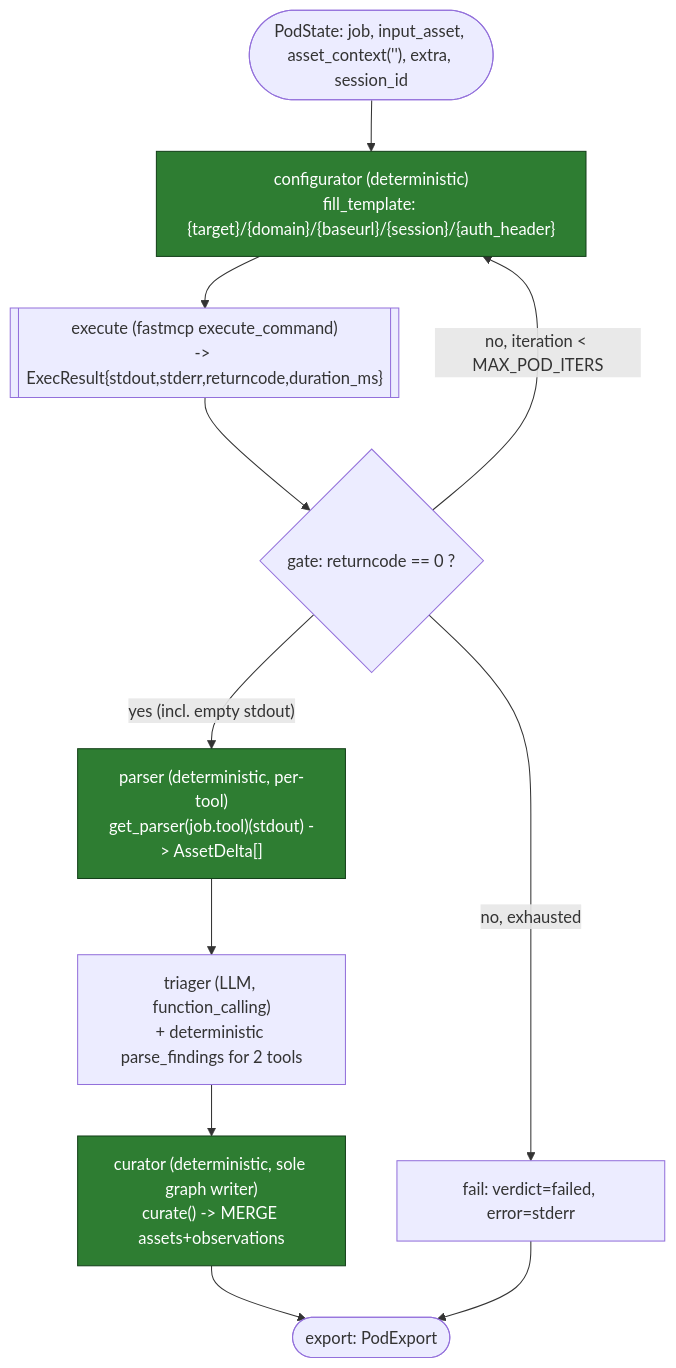
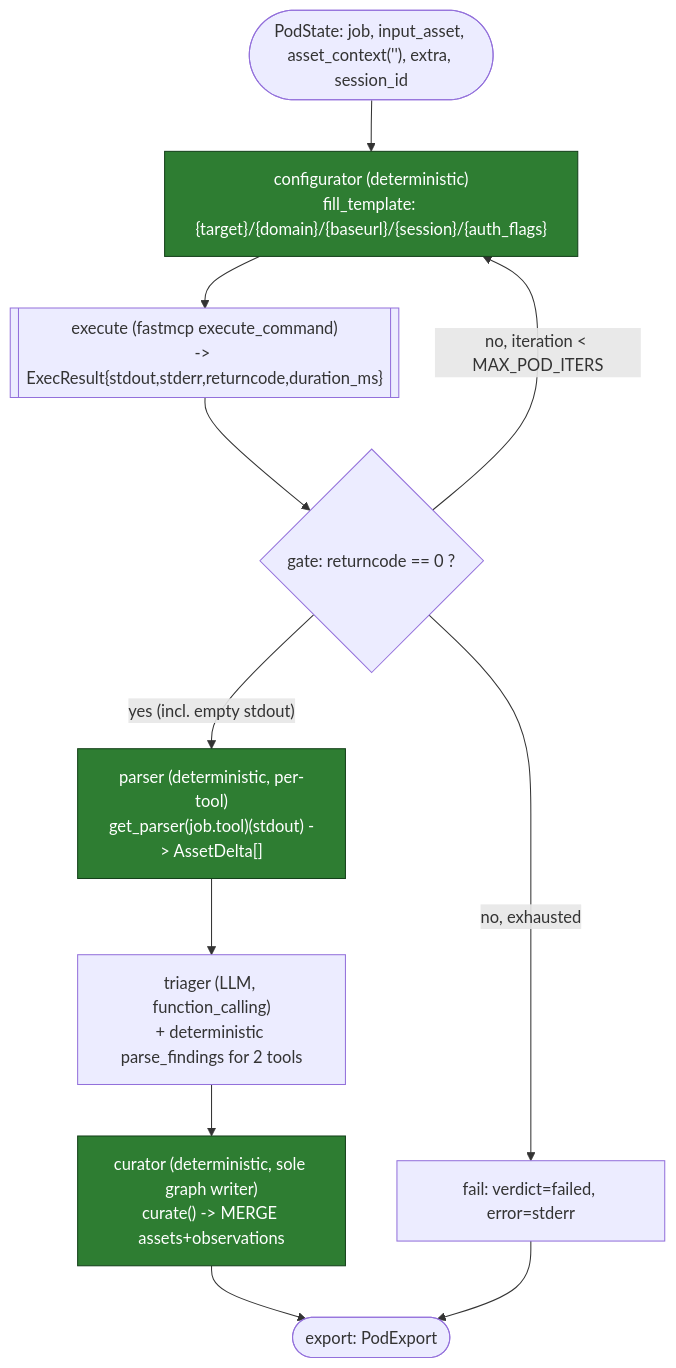
The second of 7 diagrams in docs/design/recon-pipeline-design.md (Diekgbbtt/polyphemus), drawn with Mermaid before and after one commit. The commit also changed other lines of this file and 19 other files, not shown here.

````diff
--- a/docs/design/recon-pipeline-design.md
+++ b/docs/design/recon-pipeline-design.md
@@ -88,15 +88,15 @@
 ```mermaid
 flowchart TD
     IN(["PodState: job, input_asset, asset_context(''), extra, session_id"]) --> CFG
-    CFG["configurator (deterministic)<br/>fill_template: {target}/{domain}/{baseurl}/{session}/{auth_header}"] --> EXE
+    CFG["configurator (deterministic)<br/>fill_template: {target}/{domain}/{baseurl}/{session}/{auth_flags}"] --> EXE
     EXE[["execute (fastmcp execute_command)<br/>-&gt; ExecResult{stdout,stderr,returncode,duration_ms}"]] --> GATE{"gate: returncode == 0 ?"}
     GATE -->|"yes (incl. empty stdout)"| PAR
     GATE -->|"no, iteration < MAX_POD_ITERS"| CFG
     GATE -->|"no, exhausted"| FAIL["fail: verdict=failed, error=stderr"]
     PAR["parser (deterministic, per-tool)<br/>get_parser(job.tool)(stdout) -&gt; AssetDelta[]"] --> TRI
     TRI["triager (LLM, function_calling)<br/>+ deterministic parse_findings for 2 tools"] --> CUR
     CUR["curator (deterministic, sole graph writer)<br/>curate() -&gt; MERGE assets+observations"] --> OUT([export: PodExport])
     FAIL --> OUT
     classDef det fill:#2e7d32,stroke:#14401a,color:#fff;
     class CFG,PAR,CUR det;
 ```
````
